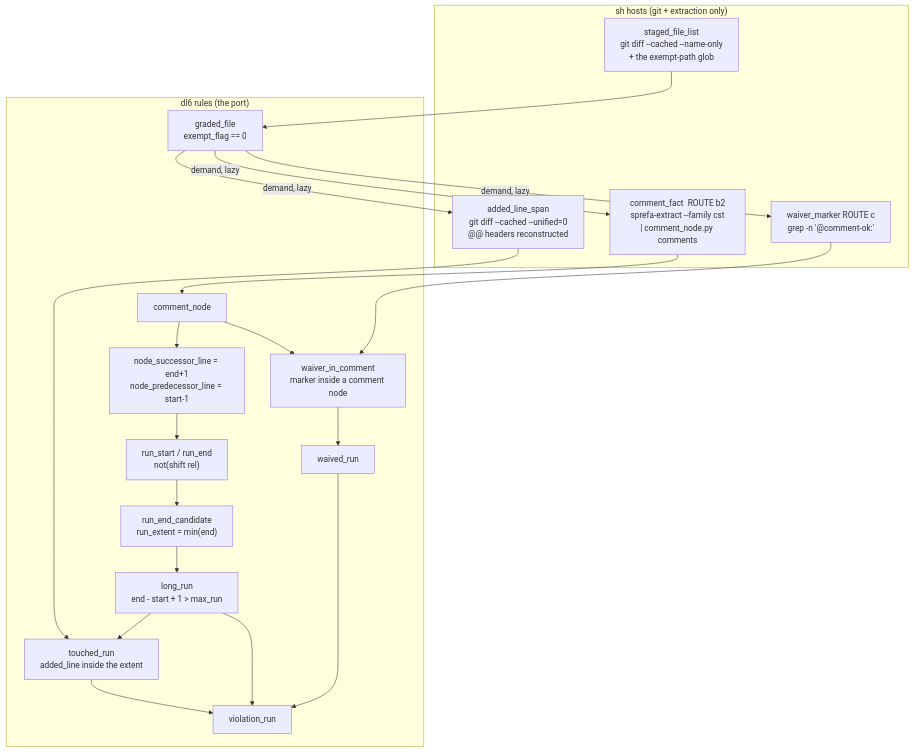
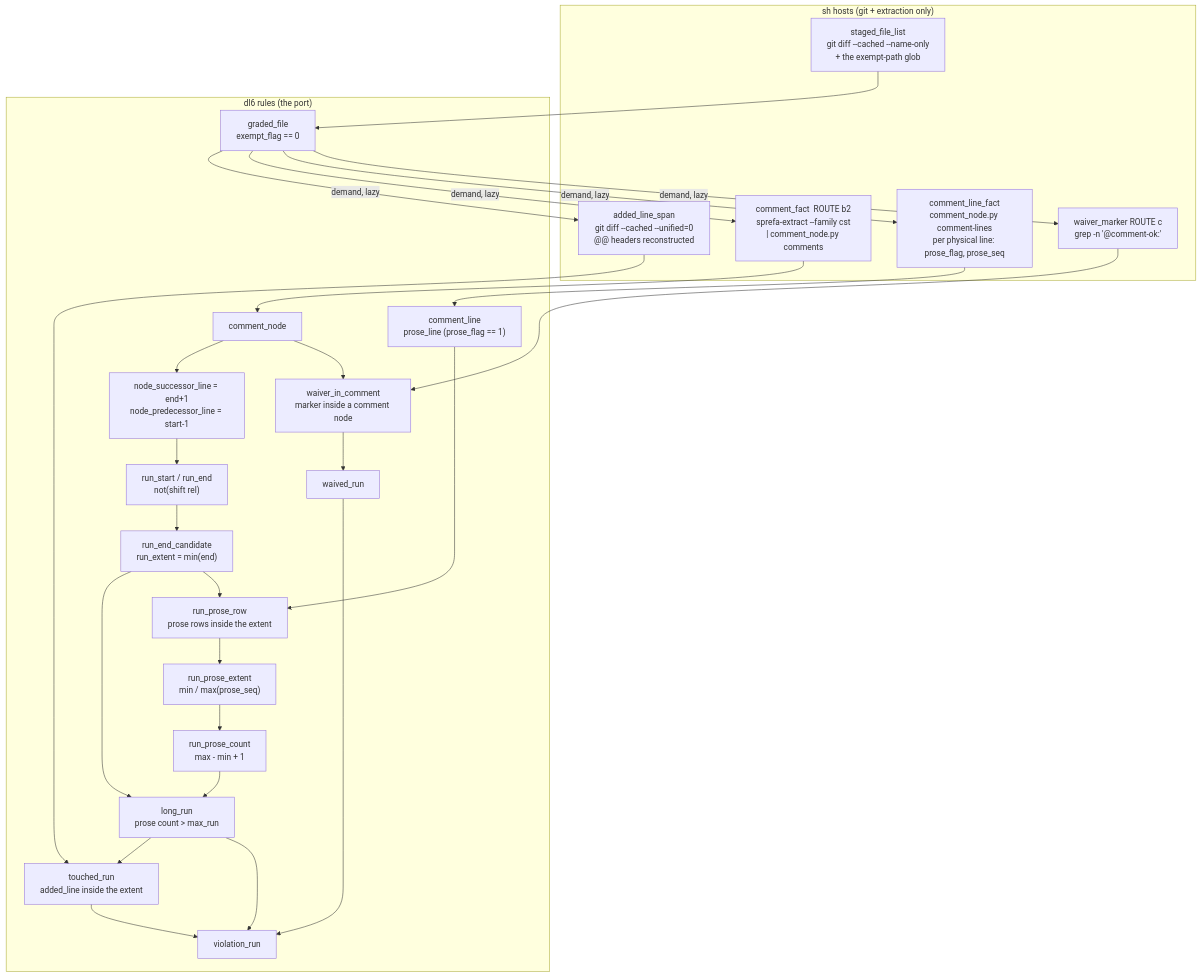
One commit to hafley66/sprefa changed the diagram in v6/tsv2/goldens/comment_rail_golden/README.md. Above: the diagram before and after it, drawn with Mermaid. The commit also changed other lines of this file and 13 other files, not shown here.

First line of the commit message:
comment rail counts prose lines, not delimiters/decoration; gates GREEN

````diff
--- a/v6/tsv2/goldens/comment_rail_golden/README.md
+++ b/v6/tsv2/goldens/comment_rail_golden/README.md
@@ -24,33 +24,41 @@
 ```mermaid
 flowchart TB
   subgraph HOSTS["sh hosts (git + extraction only)"]
     SFL["staged_file_list<br/>git diff --cached --name-only<br/>+ the exempt-path glob"]
     ALS["added_line_span<br/>git diff --cached --unified=0<br/>@@ headers reconstructed"]
     CF["comment_fact  ROUTE b2<br/>sprefa-extract --family cst<br/>| comment_node.py comments"]
+    CLF["comment_line_fact<br/>comment_node.py comment-lines<br/>per physical line: prose_flag, prose_seq"]
     WM["waiver_marker  ROUTE c<br/>grep -n '@comment-ok:'"]
   end
 
   subgraph RULES["dl6 rules (the port)"]
     GF["graded_file<br/>exempt_flag == 0"]
     CN["comment_node"]
+    CLL["comment_line<br/>prose_line (prose_flag == 1)"]
     SHIFT["node_successor_line = end+1<br/>node_predecessor_line = start-1"]
     BOUND["run_start / run_end<br/>not(shift rel)"]
     PAIR["run_end_candidate<br/>run_extent = min(end)"]
-    LONG["long_run<br/>end - start + 1 > max_run"]
+    RPR["run_prose_row<br/>prose rows inside the extent"]
+    RPE["run_prose_extent<br/>min / max(prose_seq)"]
+    RPC["run_prose_count<br/>max - min + 1"]
+    LONG["long_run<br/>prose count > max_run"]
     TOUCH["touched_run<br/>added_line inside the extent"]
     WIC["waiver_in_comment<br/>marker inside a comment node"]
     WAIVE["waived_run"]
     VIOL["violation_run"]
   end
 
   SFL --> GF
   GF -- "demand, lazy" --> ALS
   GF -- "demand, lazy" --> CF
+  GF -- "demand, lazy" --> CLF
   GF -- "demand, lazy" --> WM
   CF --> CN --> SHIFT --> BOUND --> PAIR --> LONG
+  CLF --> CLL --> RPR
+  PAIR --> RPR --> RPE --> RPC --> LONG
   ALS --> TOUCH
   LONG --> TOUCH --> VIOL
   WM --> WIC --> WAIVE --> VIOL
   CN --> WIC
   LONG --> VIOL
 ```
````
